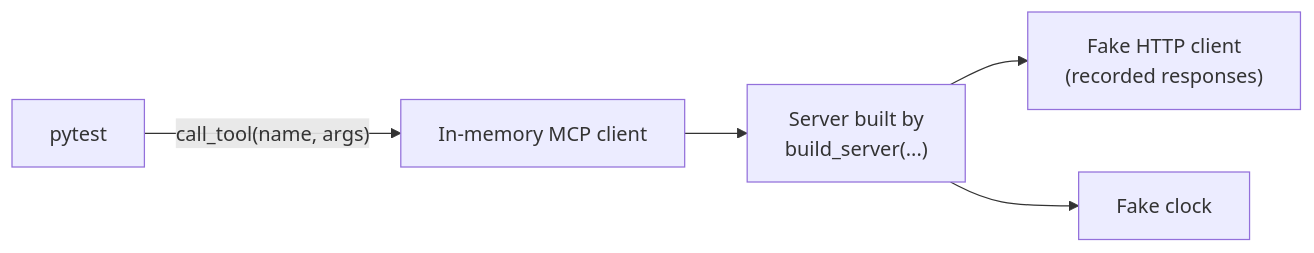
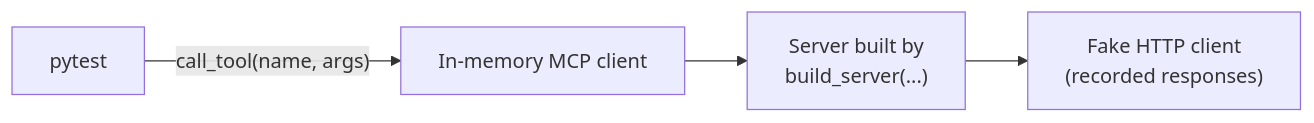
One commit to jeremiah-wa/openaustralia-mcp changed the fifth of 5 diagrams in docs/architecture.md. Above: the diagram before and after it, drawn with Mermaid. The commit also changed other lines of this file and 12 other files, not shown here.

First line of the commit message:
docs: split architecture.md and start recording ADRs (#21)

````diff
--- a/docs/architecture.md
+++ b/docs/architecture.md
@@ -196,7 +127,6 @@
 ```mermaid
 flowchart LR
     test["pytest"] -- "call_tool(name, args)" --> mc["In-memory MCP client"]
     mc --> srv["Server built by<br/>build_server(...)"]
     srv --> fakehttp["Fake HTTP client<br/>(recorded responses)"]
-    srv --> fakeclock["Fake clock"]
 ```
````
